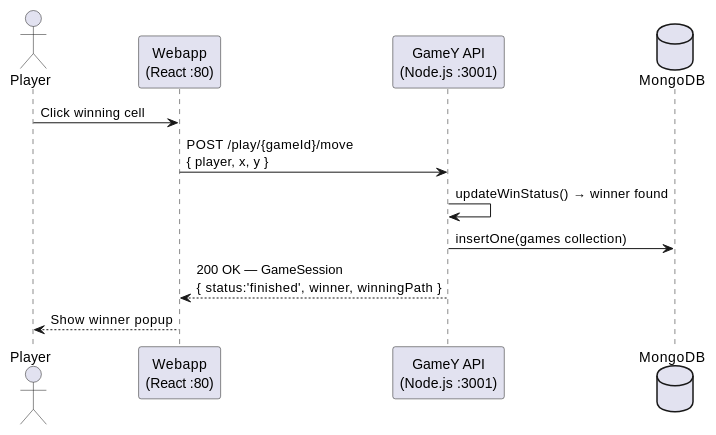
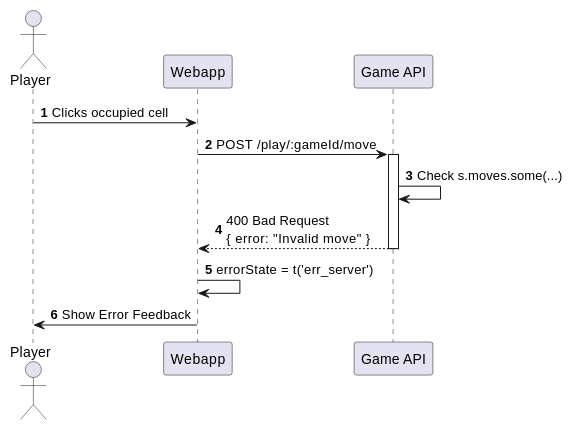
The third of 5 diagrams in docs/src/06_runtime_view.adoc (Arquisoft/yovi_en1a), drawn with PlantUML before and after one commit. The commit also changed other lines of this file, not shown here.

```diff
--- a/docs/src/06_runtime_view.adoc
+++ b/docs/src/06_runtime_view.adoc
@@ -53,16 +81,20 @@
-[plantuml, target="match-conclusion", format="png"]
+[plantuml, target="error-handling-runtime", format="png"]
 ----
 @startuml
-actor "Player" as Player
-participant "Webapp\n(React :80)" as Webapp
-participant "GameY API\n(Node.js :3001)" as API
-database "MongoDB" as DB
+autonumber
+actor "Player" as User
+participant "Webapp" as UI
+participant "Game API" as API
 
-Player -> Webapp : Click winning cell
-Webapp -> API : POST /play/{gameId}/move\n{ player, x, y }
-API -> API : updateWinStatus() → winner found
-API -> DB : insertOne(games collection)
-API --> Webapp : 200 OK — GameSession\n{ status:'finished', winner, winningPath }
-Webapp --> Player : Show winner popup
+User -> UI : Clicks occupied cell
+UI -> API : POST /play/:gameId/move
+activate API
+
+API -> API : Check s.moves.some(...)
+API --> UI : 400 Bad Request\n{ error: "Invalid move" }
+deactivate API
+
+UI -> UI : errorState = t('err_server')
+UI -> User : Show Error Feedback
 @enduml
 ----
```
